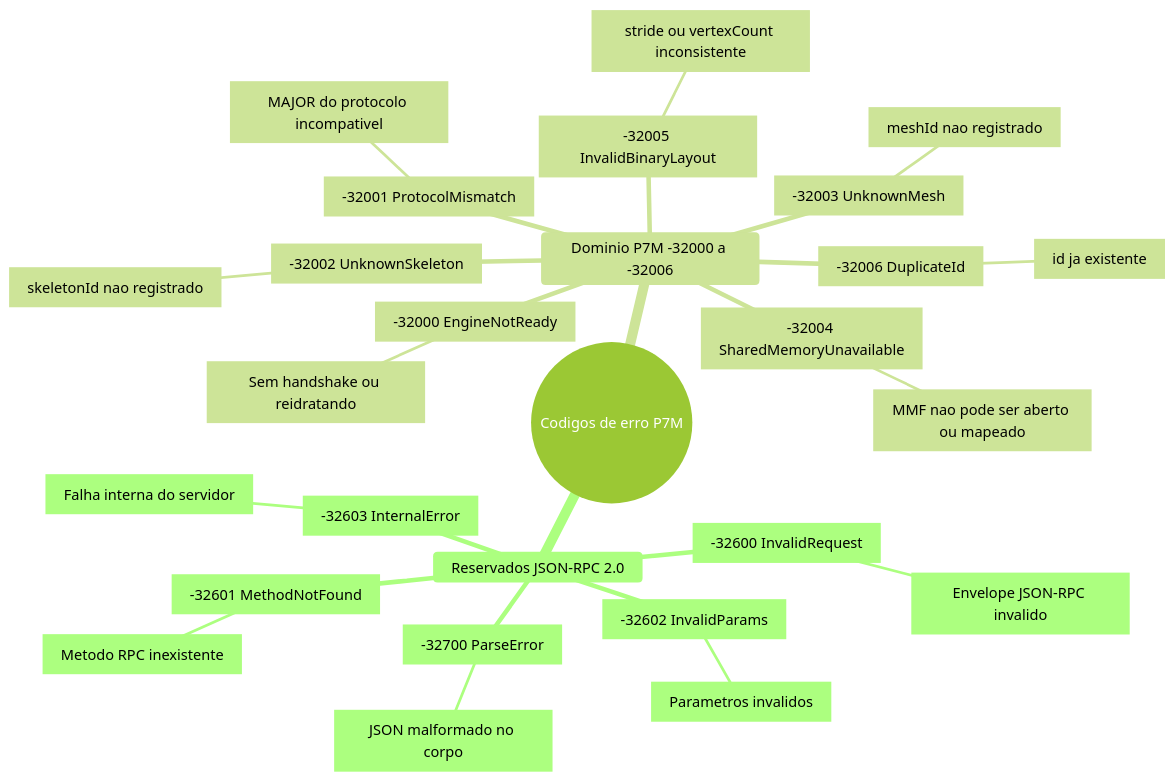
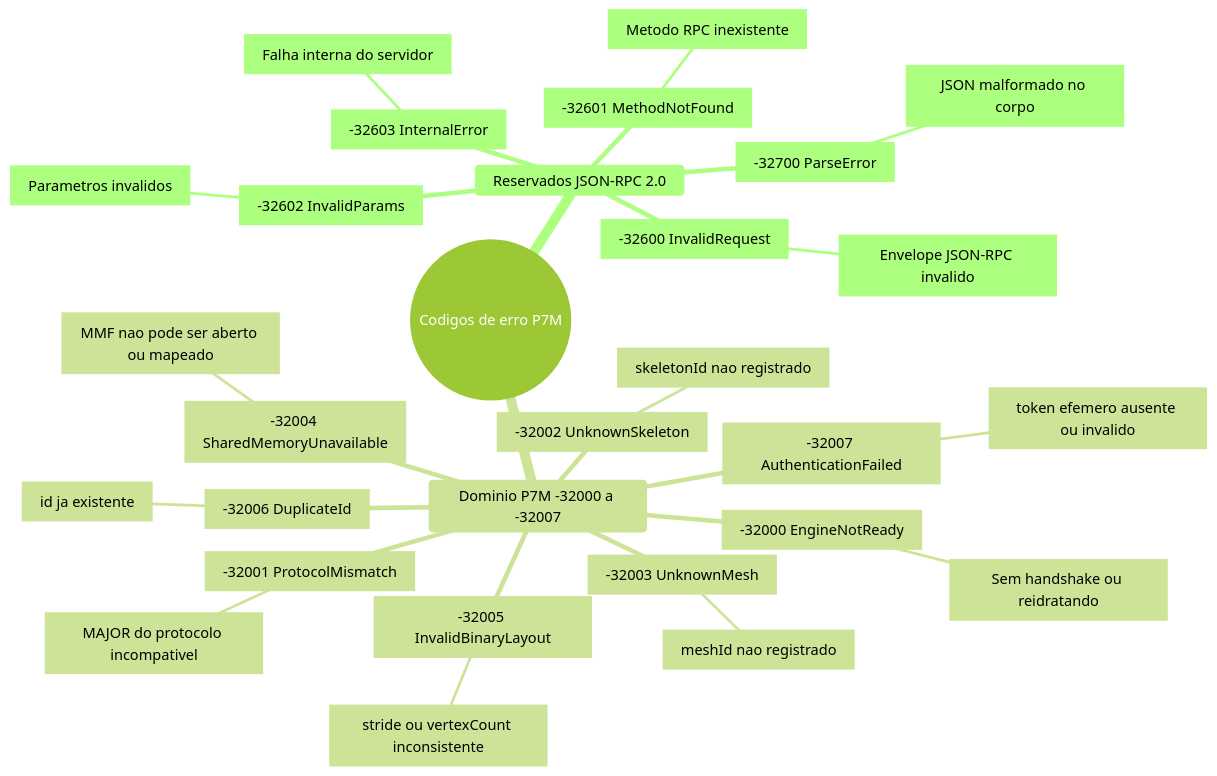
Before and after one commit to flaviotinococoutinho/Gridsmith: the first of 2 diagrams in contracts/schemas/error-codes.md, drawn with Mermaid (forest theme). The commit also changed other lines of this file and 50 other files, not shown here.

````diff
--- a/contracts/schemas/error-codes.md
+++ b/contracts/schemas/error-codes.md
@@ -18,30 +19,32 @@
 ```mermaid
 mindmap
   root(("Codigos de erro P7M"))
     Reservados JSON-RPC 2.0
       c700["-32700 ParseError"]
         p700["JSON malformado no corpo"]
       c600["-32600 InvalidRequest"]
         p600["Envelope JSON-RPC invalido"]
       c601["-32601 MethodNotFound"]
         p601["Metodo RPC inexistente"]
       c602["-32602 InvalidParams"]
         p602["Parametros invalidos"]
       c603["-32603 InternalError"]
         p603["Falha interna do servidor"]
-    Dominio P7M -32000 a -32006
+    Dominio P7M -32000 a -32007
       d000["-32000 EngineNotReady"]
         q000["Sem handshake ou reidratando"]
       d001["-32001 ProtocolMismatch"]
         q001["MAJOR do protocolo incompativel"]
       d002["-32002 UnknownSkeleton"]
         q002["skeletonId nao registrado"]
       d003["-32003 UnknownMesh"]
         q003["meshId nao registrado"]
       d004["-32004 SharedMemoryUnavailable"]
         q004["MMF nao pode ser aberto ou mapeado"]
       d005["-32005 InvalidBinaryLayout"]
         q005["stride ou vertexCount inconsistente"]
       d006["-32006 DuplicateId"]
         q006["id ja existente"]
+      d007["-32007 AuthenticationFailed"]
+        q007["token efemero ausente ou invalido"]
 ```
````
